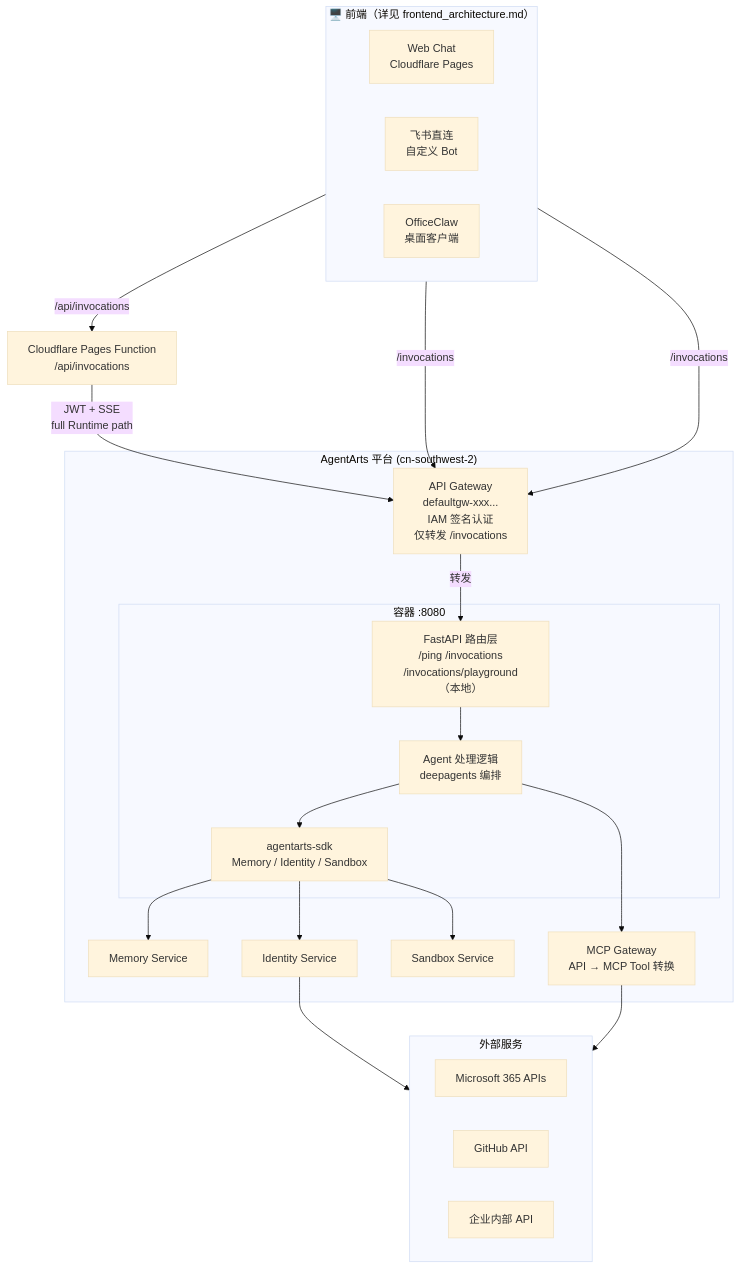
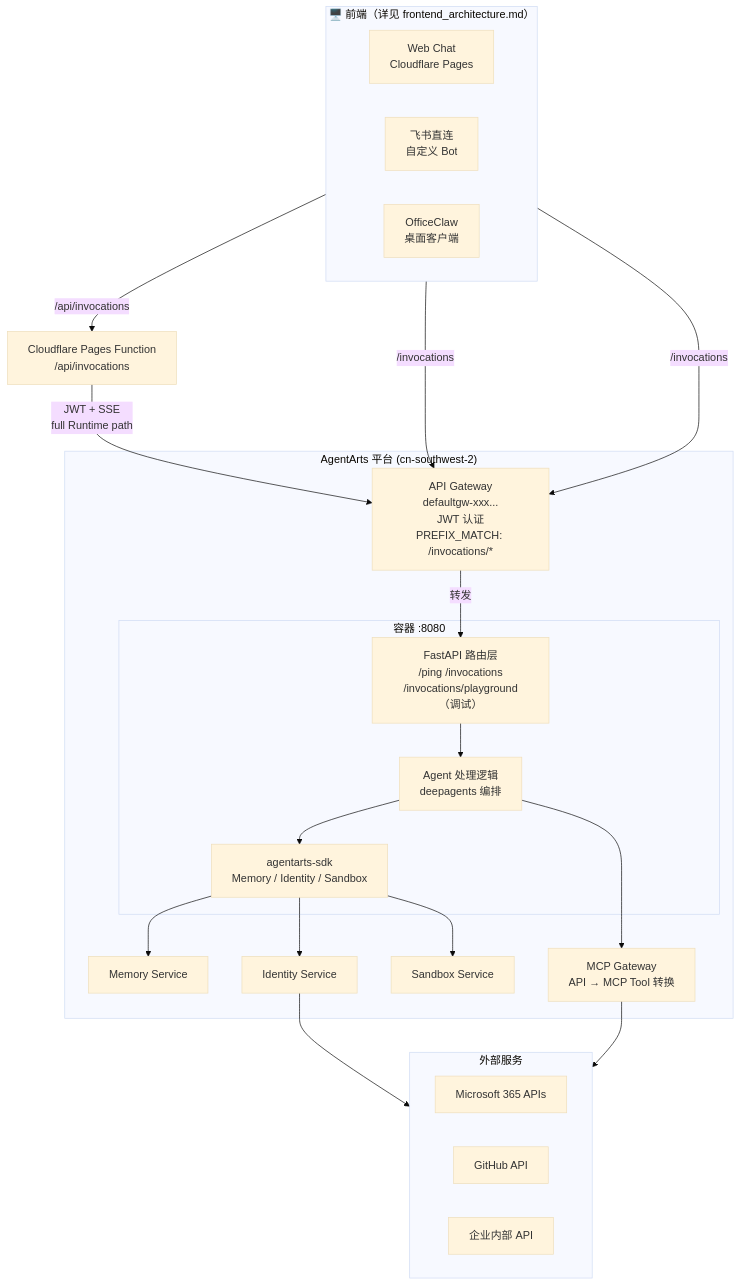
The first of 7 diagrams in personal-assistant-meta/architecture/overall_architecture.md (T-1009/personal-assistant), drawn with Mermaid (base theme) before and after one commit. The commit also changed other lines of this file and 5 other files, not shown here.

First line of the commit message:
docs: update architecture docs for PREFIX_MATCH Gateway, add API path mapping and OpenAPI spec

````diff
--- a/personal-assistant-meta/architecture/overall_architecture.md
+++ b/personal-assistant-meta/architecture/overall_architecture.md
@@ -11,43 +11,43 @@
 ```mermaid
 flowchart TB
     subgraph Frontends["🖥️ 前端（详见 frontend_architecture.md）"]
         direction LR
         WebChat["Web Chat<br/>Cloudflare Pages"]
         Feishu["飞书直连<br/>自定义 Bot"]
         OC["OfficeClaw<br/>桌面客户端"]
     end
 
     PagesFunction["Cloudflare Pages Function<br/>/api/invocations"]
 
     subgraph AgentArts["AgentArts 平台 (cn-southwest-2)"]
-        APIGW["API Gateway<br/>defaultgw-xxx...<br/>IAM 签名认证<br/>仅转发 /invocations"]
+        APIGW["API Gateway<br/>defaultgw-xxx...<br/>JWT 认证<br/>PREFIX_MATCH: /invocations/*"]
         subgraph Container["容器 :8080"]
-            Routes["FastAPI 路由层<br/>/ping /invocations<br/>/invocations/playground（本地）"]
+            Routes["FastAPI 路由层<br/>/ping /invocations<br/>/invocations/playground（调试）"]
             Handler["Agent 处理逻辑<br/>deepagents 编排"]
             SDK["agentarts-sdk<br/>Memory / Identity / Sandbox"]
         end
         MemorySvc["Memory Service"]
         IdentitySvc["Identity Service"]
         SandboxSvc["Sandbox Service"]
         MCPGW["MCP Gateway<br/>API → MCP Tool 转换"]
     end
 
     subgraph External["外部服务"]
         Microsoft365API["Microsoft 365 APIs"]
         GitHubAPI["GitHub API"]
         InternalAPI["企业内部 API"]
     end
 
     WebChat -->|"/api/invocations"| PagesFunction
     PagesFunction -->|"JWT + SSE<br/>full Runtime path"| APIGW
     Feishu -->|"/invocations"| APIGW
     OC -->|"/invocations"| APIGW
     APIGW -->|"转发"| Routes
     Routes --> Handler
     Handler --> SDK
     SDK --> MemorySvc
     SDK --> IdentitySvc
     SDK --> SandboxSvc
     Handler --> MCPGW --> External
     IdentitySvc --> External
 ```
````
